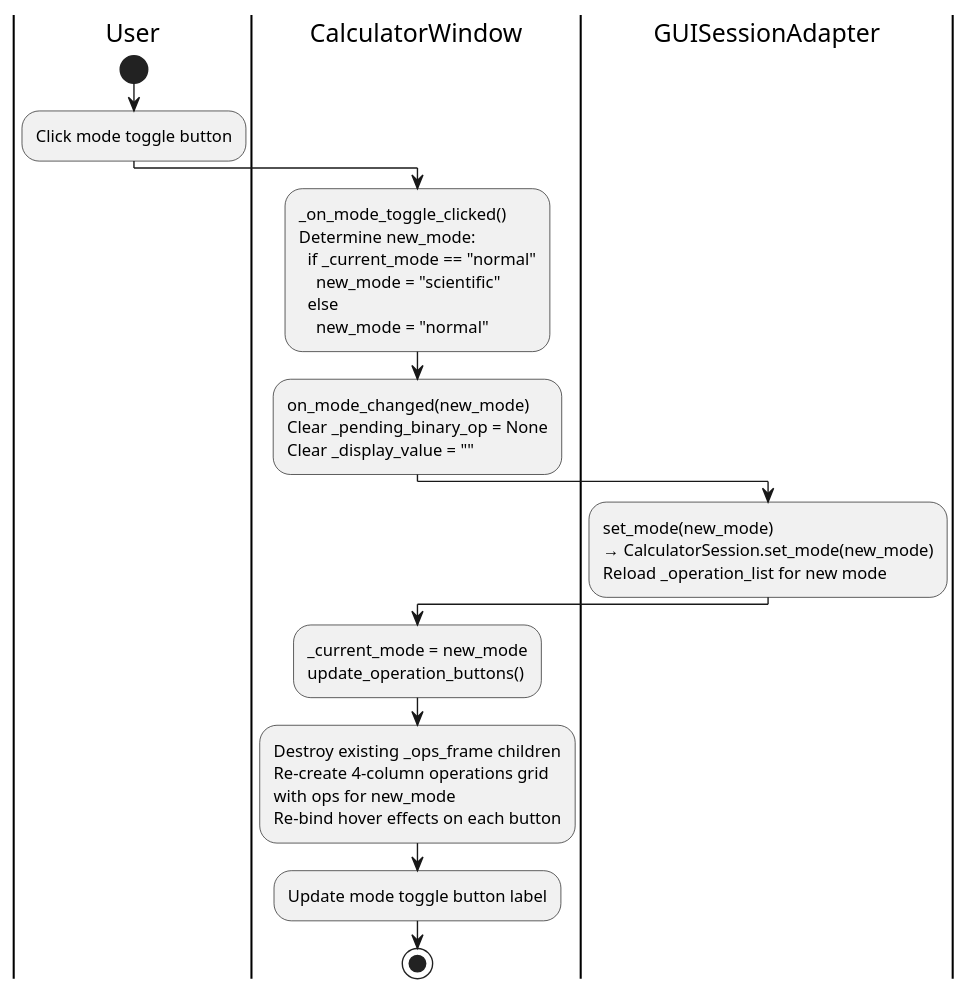
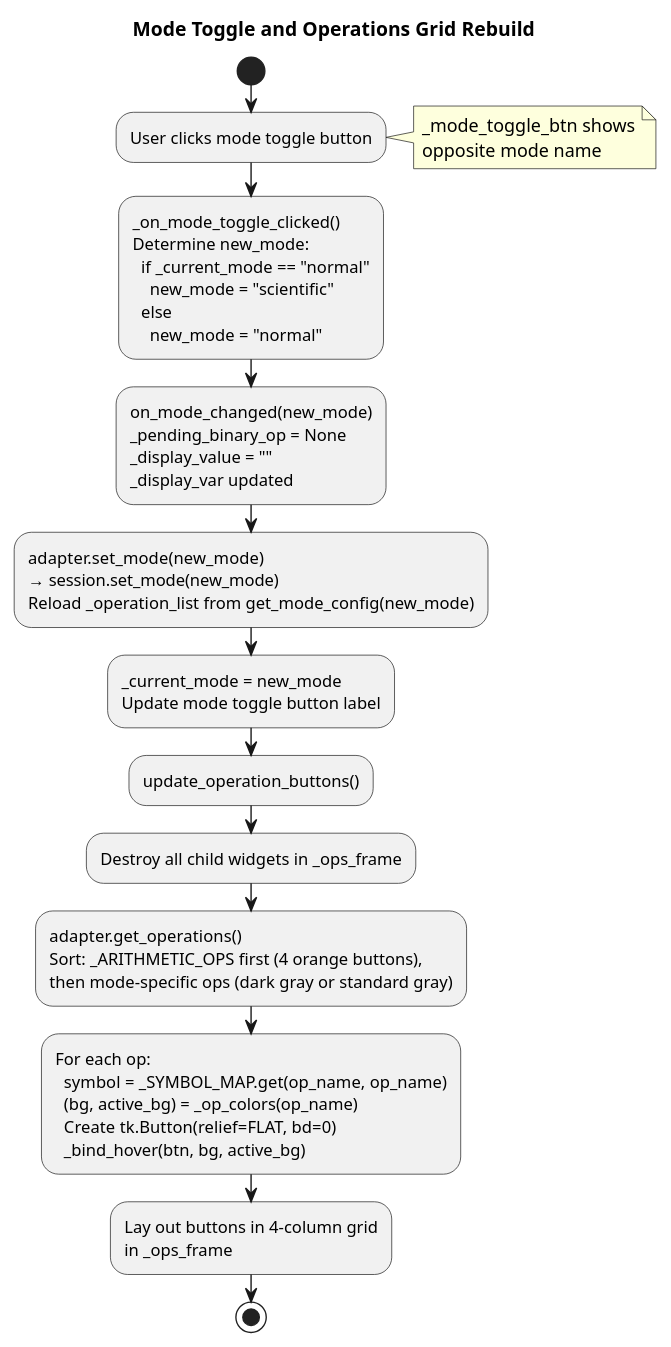
The diagram in artifacts/activity_mode_toggle.puml (DanielRiha8906/Calculator_bachelor_autoevolution_team), drawn with PlantUML before and after one commit. The commit also changed 5 other files, not shown here.

Commit message:
chore: update PlantUML diagrams for iOS GUI redesign (PR #370)

```diff
--- a/artifacts/activity_mode_toggle.puml
+++ b/artifacts/activity_mode_toggle.puml
@@ -1,41 +1,48 @@
 @startuml activity_mode_toggle
 
-|User|
-|CalculatorWindow|
-|GUISessionAdapter|
+title Mode Toggle and Operations Grid Rebuild
 
-|User|
 start
-:Click mode toggle button;
 
-|CalculatorWindow|
+:User clicks mode toggle button;
+note right: _mode_toggle_btn shows\nopposite mode name
+
 :_on_mode_toggle_clicked()
 Determine new_mode:
   if _current_mode == "normal"
     new_mode = "scientific"
   else
     new_mode = "normal";
 
 :on_mode_changed(new_mode)
-Clear _pending_binary_op = None
-Clear _display_value = "";
+_pending_binary_op = None
+_display_value = ""
+_display_var updated;
 
-|GUISessionAdapter|
-:set_mode(new_mode)
-→ CalculatorSession.set_mode(new_mode)
-Reload _operation_list for new mode;
+:adapter.set_mode(new_mode)
+→ session.set_mode(new_mode)
+Reload _operation_list from get_mode_config(new_mode);
 
-|CalculatorWindow|
 :_current_mode = new_mode
-update_operation_buttons();
+Update mode toggle button label;
 
-:Destroy existing _ops_frame children
-Re-create 4-column operations grid
-with ops for new_mode
-Re-bind hover effects on each button;
+:update_operation_buttons();
 
-:Update mode toggle button label;
+:Destroy all child widgets in _ops_frame;
+
+:adapter.get_operations()
+Sort: _ARITHMETIC_OPS first (4 orange buttons),
+then mode-specific ops (dark gray or standard gray);
+
+:For each op:
+  symbol = _SYMBOL_MAP.get(op_name, op_name)
+  (bg, active_bg) = _op_colors(op_name)
+  Create tk.Button(relief=FLAT, bd=0)
+  _bind_hover(btn, bg, active_bg);
+
+:Lay out buttons in 4-column grid
+in _ops_frame;
 
 stop
 
 @enduml
```
